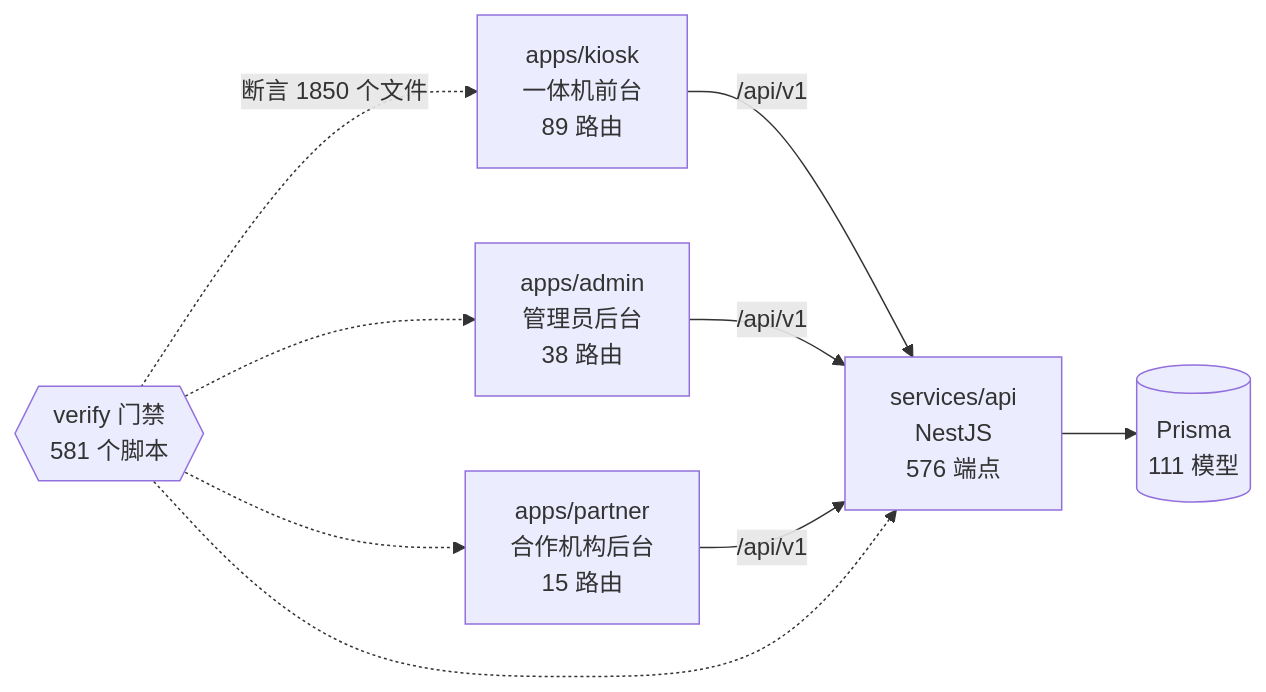
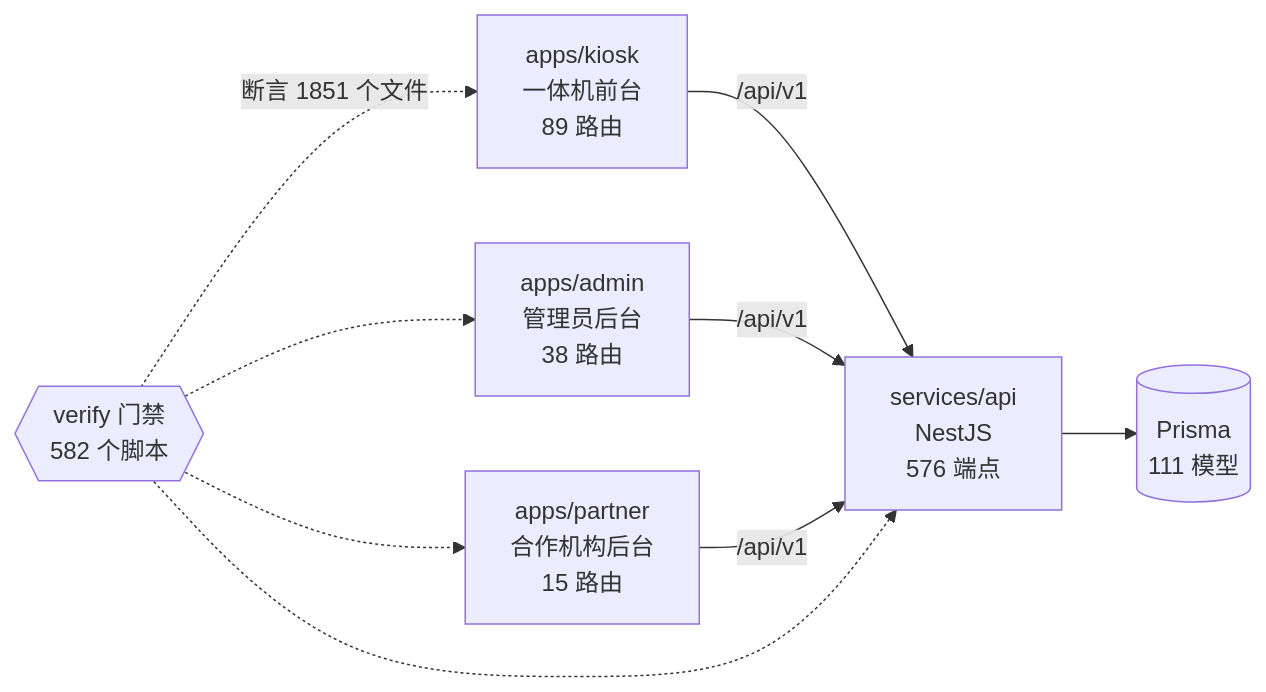
Before and after one commit to wanglei581/YITIJI: the diagram in docs/graph/README.md, drawn with Mermaid. The commit also changed other lines of this file and 2 other files, not shown here.

Commit message:
chore(graph): 管理员会话撤销后重生图谱

````diff
--- a/docs/graph/README.md
+++ b/docs/graph/README.md
@@ -68,18 +68,18 @@
 ```mermaid
 flowchart LR
   kiosk["apps/kiosk<br/>一体机前台<br/>89 路由"]
   admin["apps/admin<br/>管理员后台<br/>38 路由"]
   partner["apps/partner<br/>合作机构后台<br/>15 路由"]
   api["services/api<br/>NestJS<br/>576 端点"]
   db[("Prisma<br/>111 模型")]
-  gates{{"verify 门禁<br/>581 个脚本"}}
+  gates{{"verify 门禁<br/>582 个脚本"}}
 
   kiosk -->|"/api/v1"| api
   admin -->|"/api/v1"| api
   partner -->|"/api/v1"| api
   api --> db
-  gates -.->|"断言 1850 个文件"| kiosk
+  gates -.->|"断言 1851 个文件"| kiosk
   gates -.-> admin
   gates -.-> partner
   gates -.-> api
 ```
````
